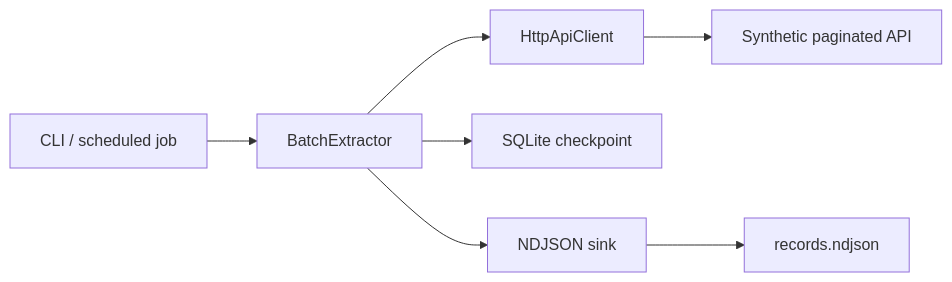
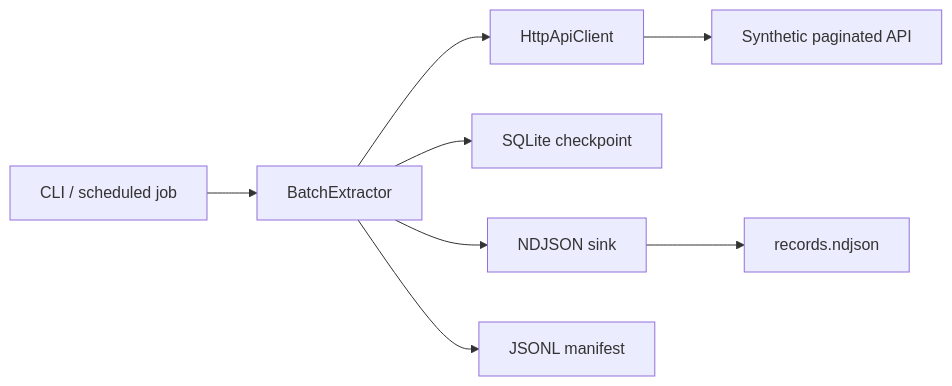
The diagram in README.md (guilherme-lacerda-tech/resumable-api-batch-extractor), drawn with Mermaid before and after one commit. The commit also changed other lines of this file and 33 other files, not shown here.

````diff
--- a/README.md
+++ b/README.md
@@ -26,9 +27,10 @@
 ```mermaid
 flowchart LR
     CLI["CLI / scheduled job"] --> Extractor["BatchExtractor"]
     Extractor --> Client["HttpApiClient"]
     Client --> API["Synthetic paginated API"]
     Extractor --> Checkpoint["SQLite checkpoint"]
     Extractor --> Sink["NDJSON sink"]
+    Extractor --> Manifest["JSONL manifest"]
     Sink --> File["records.ndjson"]
 ```
````
